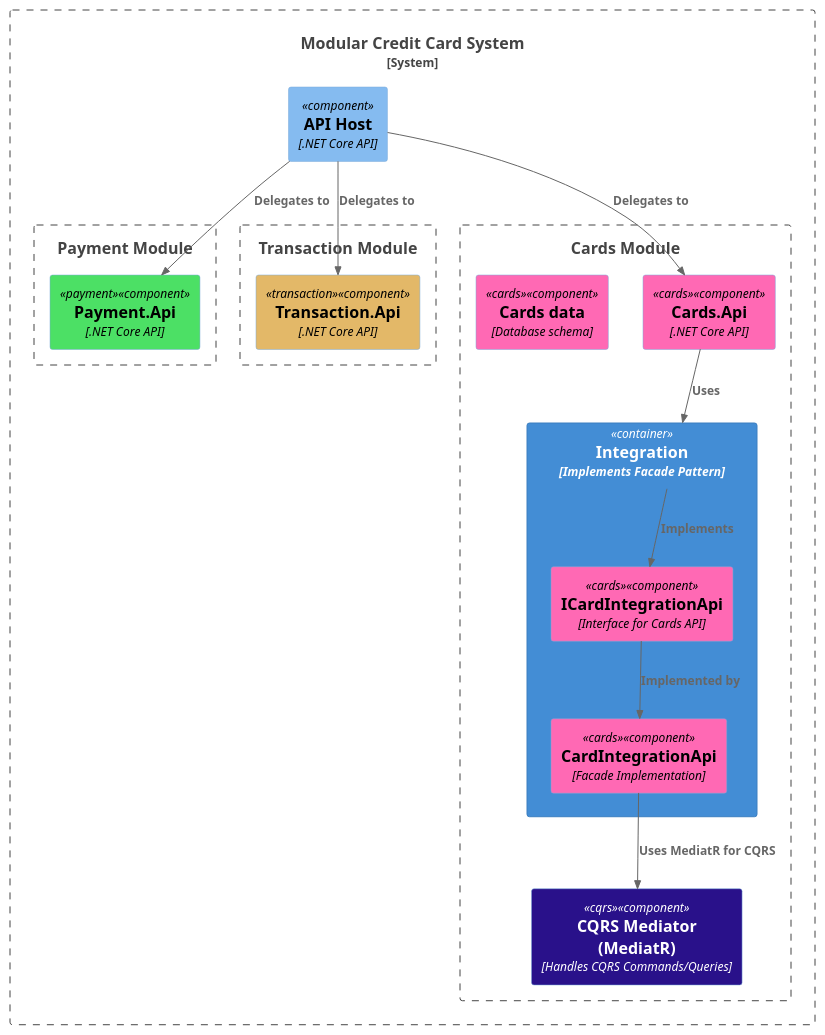
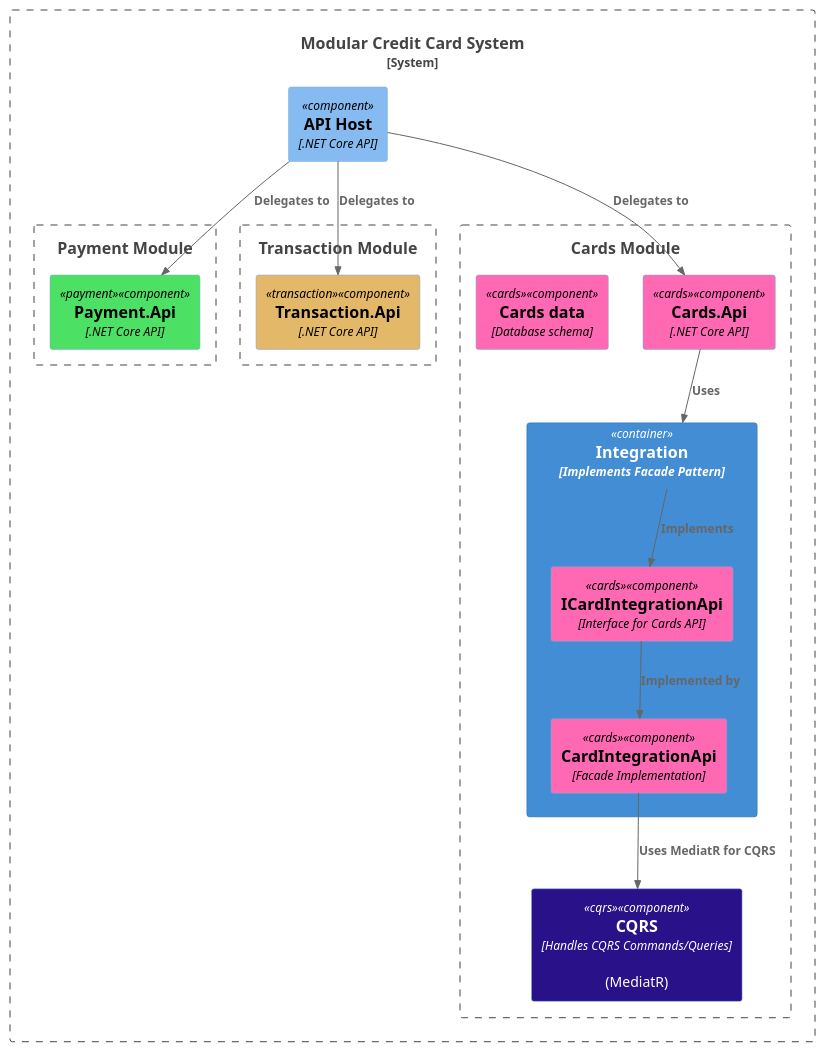
Before and after one commit to direstrepo24/modular-credit-card-monolith-main: the diagram in Arquitecture/ModuleFacade.puml, drawn with PlantUML. The commit also changed 1 other file, not shown here.

Commit message:
diagrams modificated

```diff
--- a/Arquitecture/ModuleFacade.puml
+++ b/Arquitecture/ModuleFacade.puml
@@ -1,40 +1,40 @@
 @startuml C4 Components Module (zoom-in)
 !include https://raw.githubusercontent.com/plantuml-stdlib/C4-PlantUML/master/C4_Component.puml
 
 AddComponentTag("payment", $bgColor="#4ce065")
 AddComponentTag("transaction", $bgColor="#e3b868")
 AddComponentTag("cards", $bgColor="#FF69B4")
 AddComponentTag("cqrs", $bgColor="#29118a", $fontColor="#ffffff")
 
 System_Boundary(c1, "Modular Credit Card System") {
     Component(api, "API Host", ".NET Core API")
     
     Boundary(paymentModule, "Payment Module") {
         Component(paymentApi, "Payment.Api", ".NET Core API", $tags="payment")
     }
 
     Boundary(transactionModule, "Transaction Module") {
         Component(transactionApi, "Transaction.Api", ".NET Core API", $tags="transaction")
     }
 
     Boundary(cardsModule, "Cards Module") {
         Component(cardsApi, "Cards.Api", ".NET Core API", $tags="cards")
         Container(cardsIntegration, "Integration", "Implements Facade Pattern") {
             Component(iCardIntegrationApi, "ICardIntegrationApi", "Interface for Cards API", $tags="cards")
             Component(cardIntegrationApi, "CardIntegrationApi", "Facade Implementation", $tags="cards")
         }
         Component(cardsData, "Cards data", "Database schema", $tags="cards")
-        Component(cqrsMediator, "CQRS Mediator (MediatR)", "Handles CQRS Commands/Queries", $tags="cqrs")
+        Component(cqrsMediator, "CQRS", "Handles CQRS Commands/Queries", "(MediatR)", $tags="cqrs")
     }
 }
 
 Rel(api, paymentApi, "Delegates to")
 Rel(api, transactionApi, "Delegates to")
 Rel(api, cardsApi, "Delegates to")
 
 Rel(cardsApi, cardsIntegration, "Uses")
 Rel(cardsIntegration, iCardIntegrationApi, "Implements")
 Rel(iCardIntegrationApi, cardIntegrationApi, "Implemented by")
 Rel(cardIntegrationApi, cqrsMediator, "Uses MediatR for CQRS")
 
 @enduml
```
